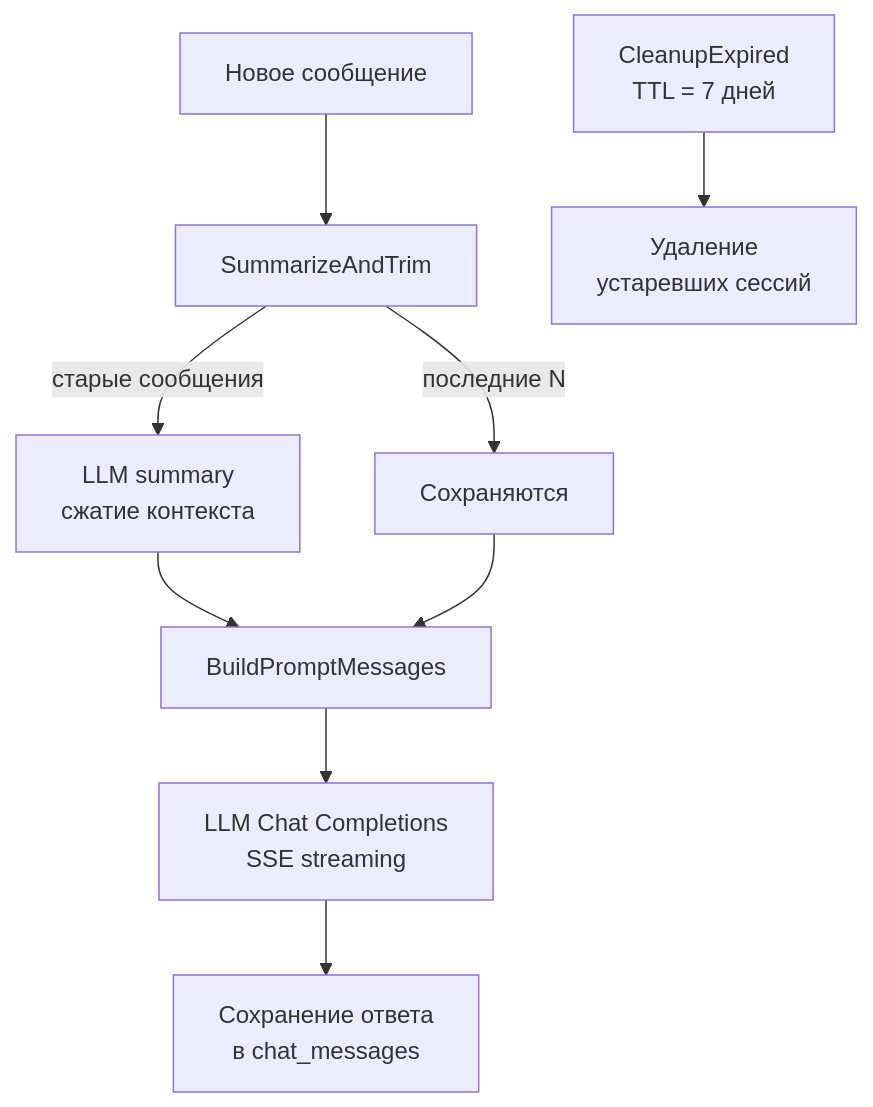
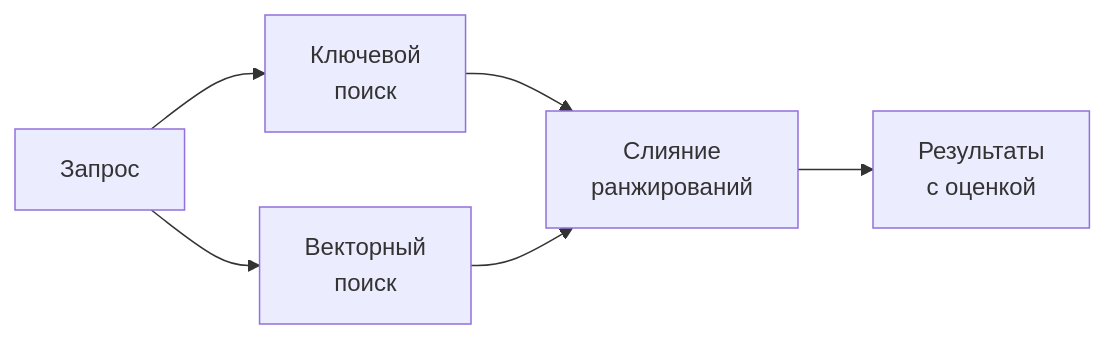
Before and after one commit to strider2038/knowledge-db: the seventh of 13 diagrams in docs/presentations/knowledge-db-overview.md, drawn with Mermaid. The commit also changed other lines of this file, not shown here.

Commit message:
docs: simplify diagrams to focus on conceptual decisions

````diff
--- a/docs/presentations/knowledge-db-overview.md
+++ b/docs/presentations/knowledge-db-overview.md
@@ -393,13 +188,8 @@
 ```mermaid
-flowchart TD
-    MSG[Новое сообщение] --> TRIM[SummarizeAndTrim]
-    TRIM --> |старые сообщения| SUMMARY[LLM summary<br/>сжатие контекста]
-    TRIM --> |последние N| KEEP[Сохраняются]
-    SUMMARY --> BUILD[BuildPromptMessages]
-    KEEP --> BUILD
-    BUILD --> LLM_CALL[LLM Chat Completions<br/>SSE streaming]
-    
-    LLM_CALL --> SAVE_MSG[Сохранение ответа<br/>в chat_messages]
-    
-    CLEANUP[CleanupExpired<br/>TTL = 7 дней] --> DEL[Удаление<br/>устаревших сессий]
+flowchart LR
+    Q[Запрос] --> KW[Ключевой<br/>поиск]
+    Q --> VEC[Векторный<br/>поиск]
+    KW --> RRF[Слияние<br/>ранжирований]
+    VEC --> RRF
+    RRF --> R[Результаты<br/>с оценкой]
 ```
````
